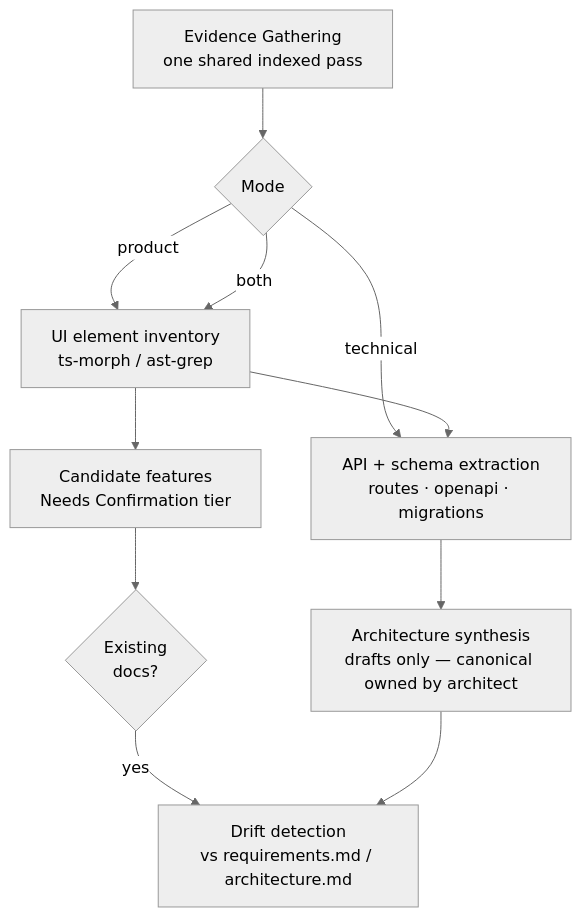
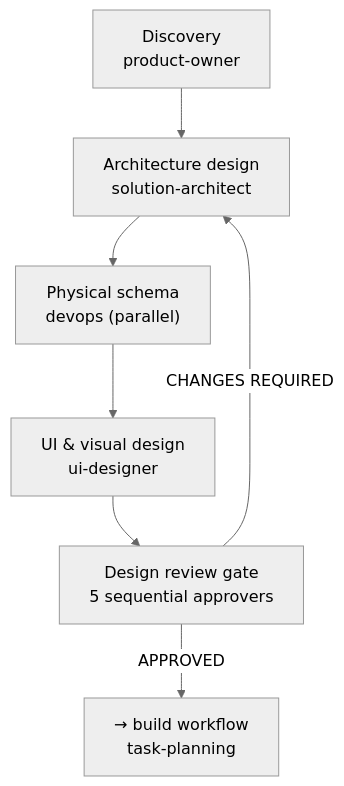
The fourth of 12 diagrams in context/workflows/README.md (Schmoiger/start-here), drawn with Mermaid (neutral theme) before and after one commit. The commit also changed other lines of this file, not shown here.

First line of the commit message:
docs(workflows): complete per-workflow flow diagrams and agent notes

````diff
--- a/context/workflows/README.md
+++ b/context/workflows/README.md
@@ -104,19 +163,15 @@
 ```mermaid
 flowchart TD
-    A["`Evidence Gathering
-one shared indexed pass`"] --> B{"Mode"}
-    B -- product --> C["`UI element inventory
-ts-morph / ast-grep`"]
-    B -- technical --> D["`API + schema extraction
-routes · openapi · migrations`"]
-    B -- both --> C --> D
-    C --> E["`Candidate features
-Needs Confirmation tier`"]
-    D --> F["`Architecture synthesis
-drafts only — canonical owned by architect`"]
-    E --> G{"`Existing
-docs?`"}
-    G -- yes --> H["`Drift detection
-vs requirements.md / architecture.md`"]
-    F --> H
+    A["`Discovery
+product-owner`"] --> B["`Architecture design
+solution-architect`"]
+    B --> C["`Physical schema
+devops (parallel)`"]
+    C --> D["`UI & visual design
+ui-designer`"]
+    D --> E["`Design review gate
+5 sequential approvers`"]
+    E -->|"CHANGES REQUIRED"| B
+    E -->|APPROVED| F["`→ build workflow
+task-planning`"]
 ```
````
